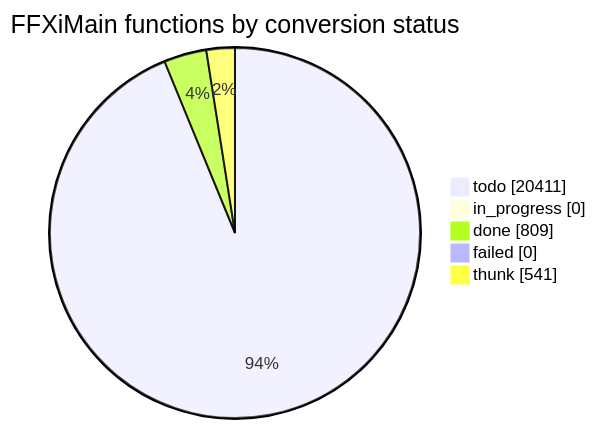
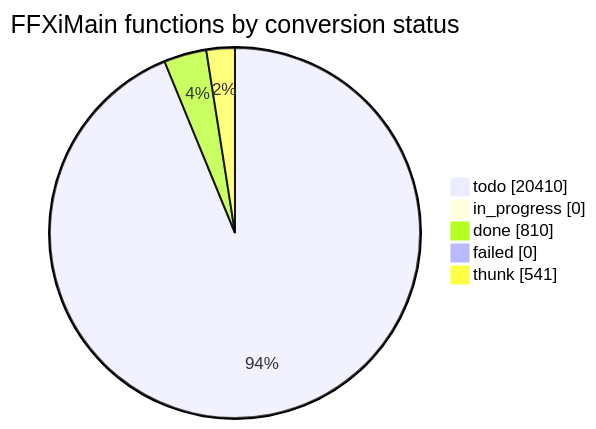
One commit to cowrevenge/cow_kuluu_xi_anything changed the diagram in docs/cow/STATUS.md. Above: the diagram before and after it, drawn with Mermaid. The commit also changed other lines of this file and 9 other files, not shown here.

````diff
--- a/docs/cow/STATUS.md
+++ b/docs/cow/STATUS.md
@@ -18,9 +18,9 @@
 ```mermaid
 pie showData
     title FFXiMain functions by conversion status
-    "todo" : 20411
+    "todo" : 20410
     "in_progress" : 0
-    "done" : 809
+    "done" : 810
     "failed" : 0
     "thunk" : 541
 ```
````
